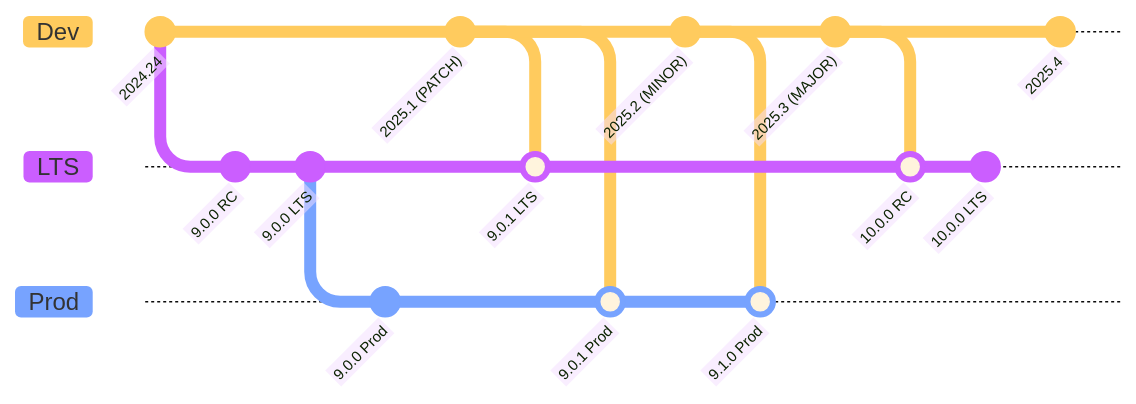
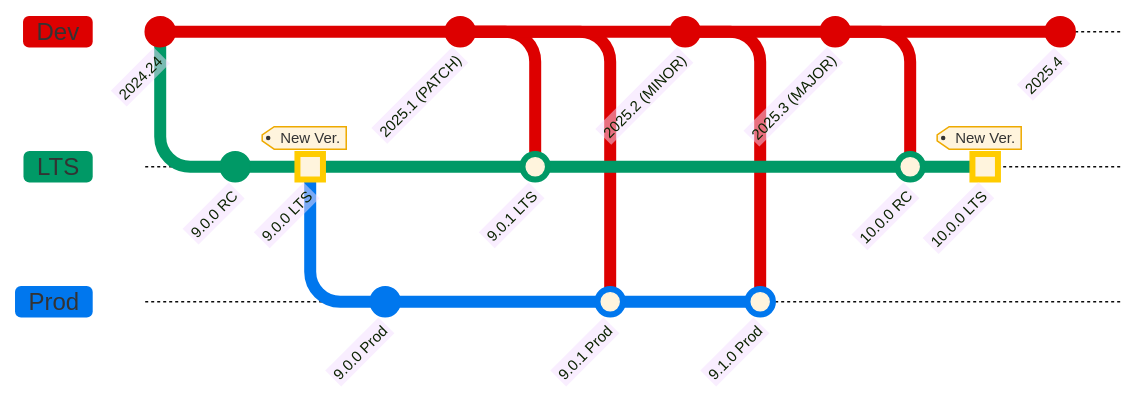
One commit to jrcain-usgs/asc-public-docs changed the diagram in docs/how-to-guides/software-management/isis-release-schedule.md. Above: the diagram before and after it, drawn with Mermaid.

Commit message:
isis release git graph colors

````diff
--- a/docs/how-to-guides/software-management/isis-release-schedule.md
+++ b/docs/how-to-guides/software-management/isis-release-schedule.md
@@ -62,41 +62,41 @@
 ``` mermaid
-%%{init: { 'logLevel': 'debug', 'theme': 'base', 'gitGraph': {'showBranches': true, 'showCommitLabel':true,'mainBranchName': 'Dev'}} }%%
+%%{init: { 'logLevel': 'debug', 'theme': 'base', 'themeVariables': {'git0': '#d00', 'git1': '#096', 'git2': '#07e', 'tagLabelBorder': '#ea0', 'gitInv1': '#fc0'}, 'gitGraph': {'showBranches': true, 'showCommitLabel':true,'mainBranchName': 'Dev'}} }%%
 gitGraph
 
     commit id:"2024.24"
 
     branch LTS
     checkout LTS
     commit id:"9.0.0 RC"
-    commit id:"9.0.0 LTS"
+    commit id:"9.0.0 LTS" type: HIGHLIGHT tag: "New Ver."
 
     branch Prod
     checkout Prod
     commit id:"9.0.0 Prod"
 
     checkout LTS
     checkout Dev
     commit id:"2025.1 (PATCH)"
 
     checkout LTS
     merge Dev id:"9.0.1 LTS"
 
     checkout Prod
     merge Dev id:"9.0.1 Prod"
 
     checkout Dev
     commit id:"2025.2 (MINOR)"
 
     checkout Prod
     merge Dev id:"9.1.0 Prod"
 
     checkout Dev
     commit id:"2025.3 (MAJOR)"
 
     checkout LTS
     merge Dev id:"10.0.0 RC"
-    commit id:"10.0.0 LTS"
+    commit id:"10.0.0 LTS" type: HIGHLIGHT tag: "New Ver."
 
     checkout Dev
     commit id:"2025.4"
 ```
````
